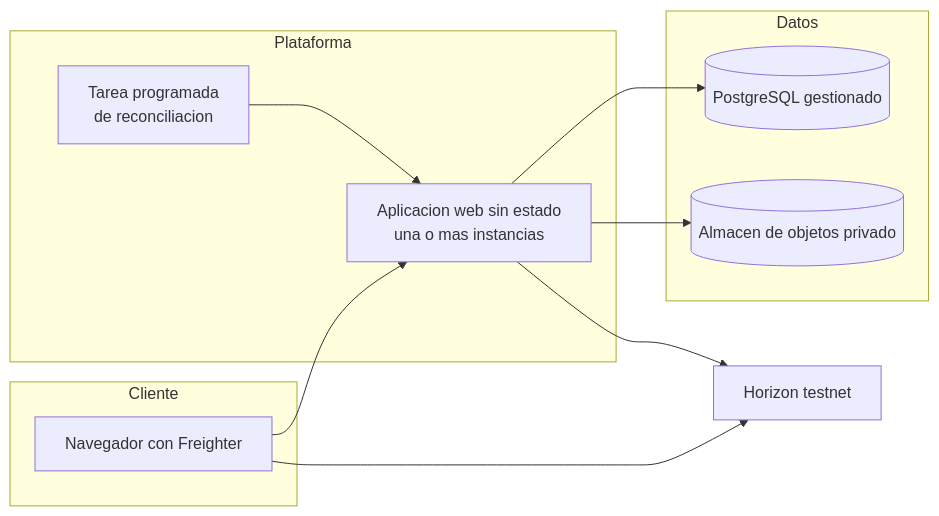
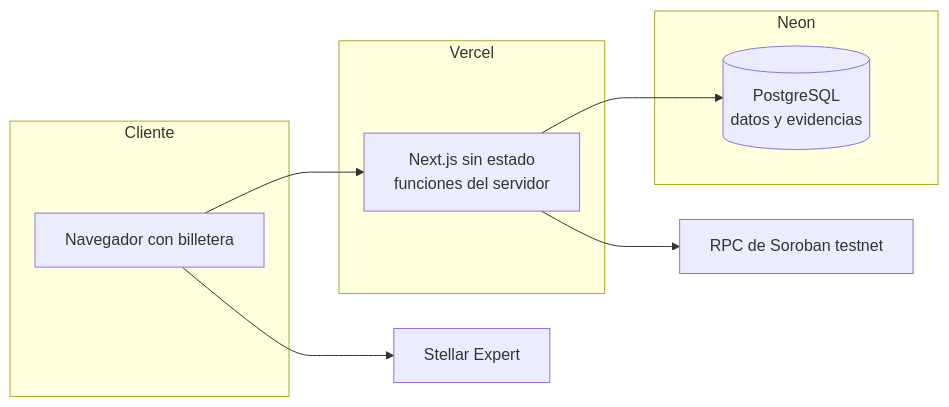
Before and after one commit to Javeriana-Blockchain/2026-II-proof-of-wild: the fifth of 5 diagrams in docs/arquitectura/arquitectura.md, drawn with Mermaid. The commit also changed other lines of this file and 2 other files, not shown here.

First line of the commit message:
docs(arquitectura): arquitectura, drivers y README al día con el código

````diff
--- a/docs/arquitectura/arquitectura.md
+++ b/docs/arquitectura/arquitectura.md
@@ -332,21 +364,18 @@
 ```mermaid
 flowchart LR
   subgraph CLI["Cliente"]
-    NAV["Navegador con Freighter"]
+    NAV["Navegador con billetera"]
   end
-  subgraph PLA["Plataforma"]
-    APP["Aplicacion web sin estado<br/>una o mas instancias"]
-    JOB["Tarea programada<br/>de reconciliacion"]
+  subgraph VER["Vercel"]
+    APP["Next.js sin estado<br/>funciones del servidor"]
   end
-  subgraph DAT["Datos"]
-    PG[("PostgreSQL gestionado")]
-    OBJ[("Almacen de objetos privado")]
+  subgraph DAT["Neon"]
+    PG[("PostgreSQL<br/>datos y evidencias")]
   end
-  HZ["Horizon testnet"]
+  RPC["RPC de Soroban testnet"]
+  EX["Stellar Expert"]
   NAV --> APP
-  NAV --> HZ
+  NAV --> EX
   APP --> PG
-  APP --> OBJ
-  APP --> HZ
-  JOB --> APP
+  APP --> RPC
 ```
````
